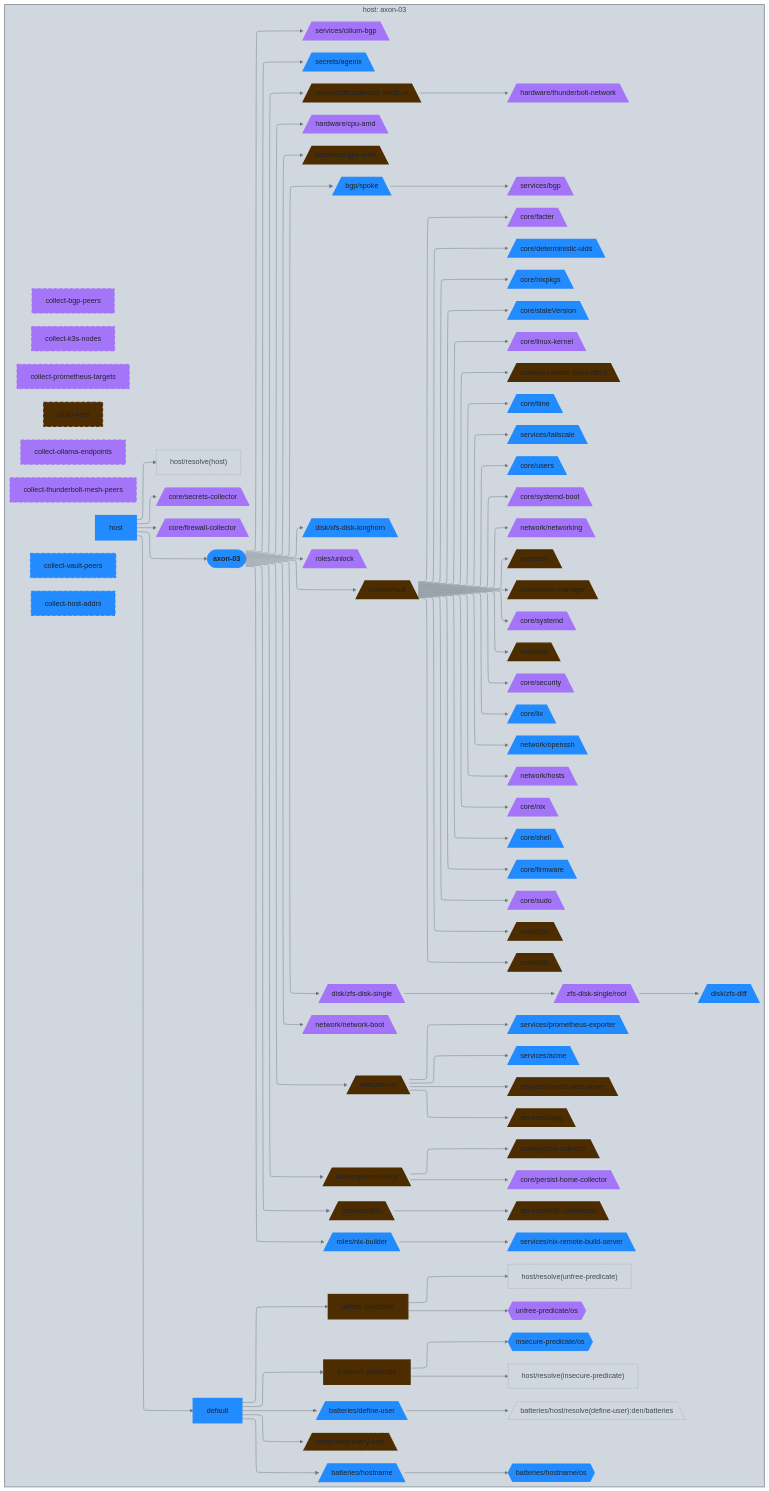
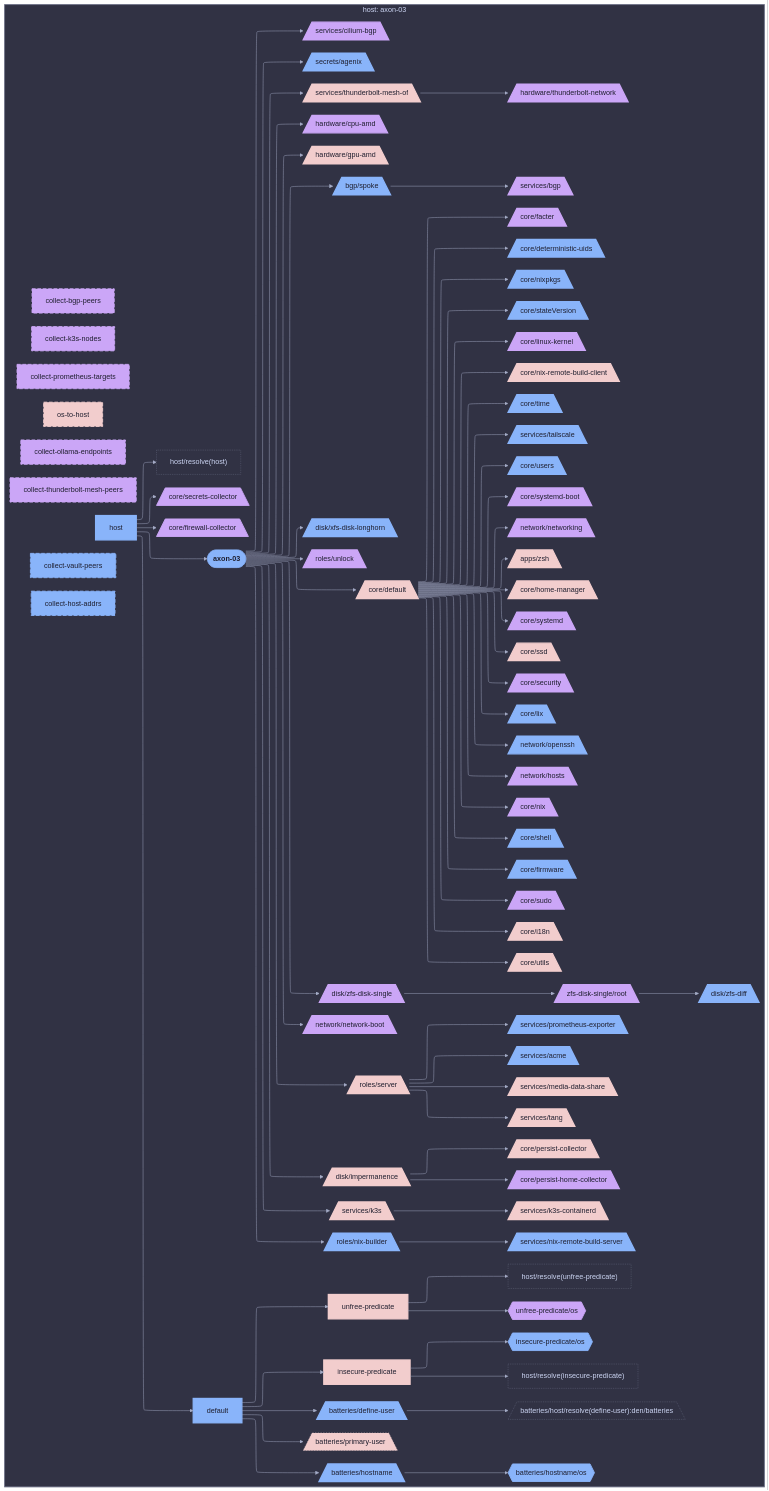
The diagram in diagrams/hosts/axon-03/dag.md (sini/nix-config), drawn with Mermaid before and after one commit. The commit also changed 142 other files, not shown here.

First line of the commit message:
feat(diagrams): use projectScope for per-host/user views

````diff
--- a/diagrams/hosts/axon-03/dag.md
+++ b/diagrams/hosts/axon-03/dag.md
@@ -5,5 +5,5 @@
 ```mermaid
-%%{init: {"elk":{"mergeEdges":true,"nodePlacementStrategy":"BRANDES_KOEPF"},"flowchart":{"wrappingWidth":600},"layout":"elk","theme":"base","themeVariables":{"activationBkgColor":"#d0d7de","activationBorderColor":"#8c959f","actorBkg":"#d0d7de","actorBorder":"#6e7781","actorLineColor":"#6e7781","actorTextColor":"#424a53","background":"#eaeef2","classText":"#424a53","clusterBkg":"#d0d7de","clusterBorder":"#8c959f","edgeLabelBackground":"#eaeef2","labelBoxBkgColor":"#d0d7de","labelBoxBorderColor":"#6e7781","labelTextColor":"#424a53","lineColor":"#6e7781","loopTextColor":"#424a53","mainBkg":"#d0d7de","nodeBkg":"#d0d7de","nodeBorder":"#6e7781","nodeTextColor":"#424a53","noteBkgColor":"#d0d7de","noteBorderColor":"#8c959f","noteTextColor":"#424a53","pie1":"#fa4549","pie2":"#e16f24","pie3":"#bf8700","pie4":"#2da44e","pie5":"#339D9B","pie6":"#218bff","pie7":"#a475f9","pie8":"#4d2d00","pieLegendTextColor":"#424a53","pieOuterStrokeColor":"#8c959f","pieSectionTextColor":"#424a53","pieStrokeColor":"#8c959f","pieTitleTextColor":"#424a53","primaryBorderColor":"#6e7781","primaryColor":"#d0d7de","primaryTextColor":"#424a53","secondBkg":"#d0d7de","secondaryBorderColor":"#8c959f","secondaryColor":"#d0d7de","secondaryTextColor":"#424a53","sequenceNumberColor":"#eaeef2","signalColor":"#6e7781","signalTextColor":"#424a53","tertiaryBorderColor":"#8c959f","tertiaryColor":"#d0d7de","tertiaryTextColor":"#424a53","textColor":"#424a53","titleColor":"#424a53"}}}%%
+%%{init: {"elk":{"mergeEdges":true,"nodePlacementStrategy":"BRANDES_KOEPF"},"flowchart":{"wrappingWidth":600},"layout":"elk","theme":"base","themeVariables":{"activationBkgColor":"#313244","activationBorderColor":"#6c7086","actorBkg":"#313244","actorBorder":"#a6adc8","actorLineColor":"#a6adc8","actorTextColor":"#cdd6f4","background":"#1e1e2e","classText":"#cdd6f4","clusterBkg":"#313244","clusterBorder":"#6c7086","edgeLabelBackground":"#1e1e2e","labelBoxBkgColor":"#313244","labelBoxBorderColor":"#a6adc8","labelTextColor":"#cdd6f4","lineColor":"#a6adc8","loopTextColor":"#cdd6f4","mainBkg":"#313244","nodeBkg":"#313244","nodeBorder":"#a6adc8","nodeTextColor":"#cdd6f4","noteBkgColor":"#313244","noteBorderColor":"#6c7086","noteTextColor":"#cdd6f4","pie1":"#f38ba8","pie2":"#fab387","pie3":"#f9e2af","pie4":"#a6e3a1","pie5":"#94e2d5","pie6":"#89b4fa","pie7":"#cba6f7","pie8":"#f2cdcd","pieLegendTextColor":"#cdd6f4","pieOuterStrokeColor":"#6c7086","pieSectionTextColor":"#cdd6f4","pieStrokeColor":"#6c7086","pieTitleTextColor":"#cdd6f4","primaryBorderColor":"#a6adc8","primaryColor":"#313244","primaryTextColor":"#cdd6f4","secondBkg":"#313244","secondaryBorderColor":"#6c7086","secondaryColor":"#313244","secondaryTextColor":"#cdd6f4","sequenceNumberColor":"#1e1e2e","signalColor":"#a6adc8","signalTextColor":"#cdd6f4","tertiaryBorderColor":"#6c7086","tertiaryColor":"#313244","tertiaryTextColor":"#cdd6f4","textColor":"#cdd6f4","titleColor":"#cdd6f4"}}}%%
 graph LR
   axon_03([axon-03]):::root
 
@@ -155,91 +155,91 @@
   end
 
 
-  classDef root fill:#218bff,stroke:#218bff,color:#1f2328,font-weight:bold
-  classDef services__acme_c fill:#218bff,stroke:#218bff,color:#1f2328,stroke-width:3px
-  classDef secrets__agenix_c fill:#218bff,stroke:#218bff,color:#1f2328,stroke-width:3px
-  classDef apps_c fill:#2da44e,stroke:#2da44e,color:#1f2328,stroke-dasharray: 3 3,stroke-width:1px
-  classDef axon_03_c fill:#4d2d00,stroke:#4d2d00,color:#1f2328,stroke-width:3px
-  classDef services__bgp_c fill:#a475f9,stroke:#a475f9,color:#1f2328,stroke-width:3px
-  classDef services__cilium_bgp_c fill:#a475f9,stroke:#a475f9,color:#1f2328,stroke-width:3px
-  classDef collect_bgp_peers_c fill:#a475f9,stroke:#a475f9,color:#1f2328,stroke-width:2px,stroke-dasharray: 8 4
-  classDef collect_host_addrs_c fill:#218bff,stroke:#218bff,color:#1f2328,stroke-width:2px,stroke-dasharray: 8 4
-  classDef collect_k3s_nodes_c fill:#a475f9,stroke:#a475f9,color:#1f2328,stroke-width:2px,stroke-dasharray: 8 4
-  classDef collect_ollama_endpoints_c fill:#a475f9,stroke:#a475f9,color:#1f2328,stroke-width:2px,stroke-dasharray: 8 4
-  classDef collect_prometheus_targets_c fill:#a475f9,stroke:#a475f9,color:#1f2328,stroke-width:2px,stroke-dasharray: 8 4
-  classDef collect_thunderbolt_mesh_peers_c fill:#a475f9,stroke:#a475f9,color:#1f2328,stroke-width:2px,stroke-dasharray: 8 4
-  classDef collect_vault_peers_c fill:#218bff,stroke:#218bff,color:#1f2328,stroke-width:2px,stroke-dasharray: 8 4
-  classDef core_c fill:#bf8700,stroke:#bf8700,color:#1f2328,stroke-dasharray: 3 3,stroke-width:1px
-  classDef hardware__cpu_amd_c fill:#a475f9,stroke:#a475f9,color:#1f2328,stroke-width:3px
-  classDef core__default_c fill:#4d2d00,stroke:#4d2d00,color:#1f2328,stroke-width:3px
-  classDef n_default_c fill:#218bff,stroke:#218bff,color:#1f2328,stroke-width:3px
-  classDef den__batteries__define_user_c fill:#218bff,stroke:#218bff,color:#1f2328,stroke-width:3px
-  classDef core__deterministic_uids_c fill:#218bff,stroke:#218bff,color:#1f2328,stroke-width:3px
-  classDef disk_c fill:#2da44e,stroke:#2da44e,color:#1f2328,stroke-dasharray: 3 3,stroke-width:1px
-  classDef core__facter_c fill:#a475f9,stroke:#a475f9,color:#1f2328,stroke-width:3px
-  classDef core__firewall_collector_c fill:#a475f9,stroke:#a475f9,color:#1f2328,stroke-width:2px
-  classDef core__firmware_c fill:#218bff,stroke:#218bff,color:#1f2328,stroke-width:3px
-  classDef hardware__gpu_amd_c fill:#4d2d00,stroke:#4d2d00,color:#1f2328,stroke-width:3px
-  classDef hardware_c fill:#2da44e,stroke:#2da44e,color:#1f2328,stroke-dasharray: 3 3,stroke-width:1px
-  classDef core__home_manager_c fill:#4d2d00,stroke:#4d2d00,color:#1f2328,stroke-width:3px
-  classDef host_c fill:#218bff,stroke:#218bff,color:#1f2328,stroke-width:3px
-  classDef den__batteries__host__resolve_define_user__den__batteries_c fill:#d0d7de,stroke:#8c959f,color:#424a53,stroke-dasharray: 2 2,stroke-width:1px
-  classDef host__resolve_host__c fill:#d0d7de,stroke:#8c959f,color:#424a53,stroke-dasharray: 2 2,stroke-width:1px
-  classDef host__resolve_insecure_predicate__c fill:#d0d7de,stroke:#8c959f,color:#424a53,stroke-dasharray: 2 2,stroke-width:1px
-  classDef host__resolve_unfree_predicate__c fill:#d0d7de,stroke:#8c959f,color:#424a53,stroke-dasharray: 2 2,stroke-width:1px
-  classDef den__batteries__hostname_c fill:#218bff,stroke:#218bff,color:#1f2328,stroke-width:3px
-  classDef den__batteries__hostname__os_c fill:#218bff,stroke:#218bff,color:#1f2328,stroke-width:2px
-  classDef network__hosts_c fill:#a475f9,stroke:#a475f9,color:#1f2328,stroke-width:3px
-  classDef core__i18n_c fill:#4d2d00,stroke:#4d2d00,color:#1f2328,stroke-width:3px
-  classDef disk__impermanence_c fill:#4d2d00,stroke:#4d2d00,color:#1f2328,stroke-width:3px
-  classDef insecure_predicate_c fill:#4d2d00,stroke:#4d2d00,color:#1f2328,stroke-width:3px
-  classDef insecure_predicate__os_c fill:#218bff,stroke:#218bff,color:#1f2328,stroke-width:2px
-  classDef services__k3s_c fill:#4d2d00,stroke:#4d2d00,color:#1f2328,stroke-width:3px
-  classDef services__k3s_containerd_c fill:#4d2d00,stroke:#4d2d00,color:#1f2328,stroke-width:3px
-  classDef core__linux_kernel_c fill:#a475f9,stroke:#a475f9,color:#1f2328,stroke-width:3px
-  classDef core__lix_c fill:#218bff,stroke:#218bff,color:#1f2328,stroke-width:3px
-  classDef services__media_data_share_c fill:#4d2d00,stroke:#4d2d00,color:#1f2328,stroke-width:3px
-  classDef network_c fill:#e16f24,stroke:#e16f24,color:#1f2328,stroke-dasharray: 3 3,stroke-width:1px
-  classDef network__network_boot_c fill:#a475f9,stroke:#a475f9,color:#1f2328,stroke-width:3px
-  classDef network__networking_c fill:#a475f9,stroke:#a475f9,color:#1f2328,stroke-width:3px
-  classDef core__nix_c fill:#a475f9,stroke:#a475f9,color:#1f2328,stroke-width:3px
-  classDef roles__nix_builder_c fill:#218bff,stroke:#218bff,color:#1f2328,stroke-width:3px
-  classDef core__nix_remote_build_client_c fill:#4d2d00,stroke:#4d2d00,color:#1f2328,stroke-width:3px
-  classDef services__nix_remote_build_server_c fill:#218bff,stroke:#218bff,color:#1f2328,stroke-width:3px
-  classDef core__nixpkgs_c fill:#218bff,stroke:#218bff,color:#1f2328,stroke-width:3px
-  classDef network__openssh_c fill:#218bff,stroke:#218bff,color:#1f2328,stroke-width:3px
-  classDef os_to_host_c fill:#4d2d00,stroke:#4d2d00,color:#1f2328,stroke-width:2px,stroke-dasharray: 8 4
-  classDef core__persist_collector_c fill:#4d2d00,stroke:#4d2d00,color:#1f2328,stroke-width:3px
-  classDef core__persist_home_collector_c fill:#a475f9,stroke:#a475f9,color:#1f2328,stroke-width:3px
-  classDef den__batteries__primary_user_c fill:#4d2d00,stroke:#4d2d00,color:#1f2328,stroke-dasharray: 3 3,stroke-width:1px
-  classDef services__prometheus_exporter_c fill:#218bff,stroke:#218bff,color:#1f2328,stroke-width:3px
-  classDef roles_c fill:#2da44e,stroke:#2da44e,color:#1f2328,stroke-dasharray: 3 3,stroke-width:1px
-  classDef disk__zfs_disk_single__root_c fill:#a475f9,stroke:#a475f9,color:#1f2328,stroke-width:3px
-  classDef secrets_c fill:#bf8700,stroke:#bf8700,color:#1f2328,stroke-dasharray: 3 3,stroke-width:1px
-  classDef core__secrets_collector_c fill:#a475f9,stroke:#a475f9,color:#1f2328,stroke-width:2px
-  classDef core__security_c fill:#a475f9,stroke:#a475f9,color:#1f2328,stroke-width:3px
-  classDef roles__server_c fill:#4d2d00,stroke:#4d2d00,color:#1f2328,stroke-width:3px
-  classDef services_c fill:#2da44e,stroke:#2da44e,color:#1f2328,stroke-dasharray: 3 3,stroke-width:1px
-  classDef core__shell_c fill:#218bff,stroke:#218bff,color:#1f2328,stroke-width:3px
-  classDef services__bgp__spoke_c fill:#218bff,stroke:#218bff,color:#1f2328,stroke-width:3px
-  classDef core__ssd_c fill:#4d2d00,stroke:#4d2d00,color:#1f2328,stroke-width:3px
-  classDef core__stateVersion_c fill:#218bff,stroke:#218bff,color:#1f2328,stroke-width:3px
-  classDef core__sudo_c fill:#a475f9,stroke:#a475f9,color:#1f2328,stroke-width:3px
-  classDef core__systemd_c fill:#a475f9,stroke:#a475f9,color:#1f2328,stroke-width:3px
-  classDef core__systemd_boot_c fill:#a475f9,stroke:#a475f9,color:#1f2328,stroke-width:3px
-  classDef services__tailscale_c fill:#218bff,stroke:#218bff,color:#1f2328,stroke-width:3px
-  classDef services__tang_c fill:#4d2d00,stroke:#4d2d00,color:#1f2328,stroke-width:3px
-  classDef services__thunderbolt_mesh_of_c fill:#4d2d00,stroke:#4d2d00,color:#1f2328,stroke-width:3px
-  classDef hardware__thunderbolt_network_c fill:#a475f9,stroke:#a475f9,color:#1f2328,stroke-width:3px
-  classDef core__time_c fill:#218bff,stroke:#218bff,color:#1f2328,stroke-width:3px
-  classDef unfree_predicate_c fill:#4d2d00,stroke:#4d2d00,color:#1f2328,stroke-width:3px
-  classDef unfree_predicate__os_c fill:#a475f9,stroke:#a475f9,color:#1f2328,stroke-width:2px
-  classDef roles__unlock_c fill:#a475f9,stroke:#a475f9,color:#1f2328,stroke-width:3px
-  classDef core__users_c fill:#218bff,stroke:#218bff,color:#1f2328,stroke-width:3px
-  classDef core__utils_c fill:#4d2d00,stroke:#4d2d00,color:#1f2328,stroke-width:3px
-  classDef disk__xfs_disk_longhorn_c fill:#218bff,stroke:#218bff,color:#1f2328,stroke-width:3px
-  classDef disk__zfs_diff_c fill:#218bff,stroke:#218bff,color:#1f2328,stroke-width:3px
-  classDef disk__zfs_disk_single_c fill:#a475f9,stroke:#a475f9,color:#1f2328,stroke-width:3px
-  classDef apps__zsh_c fill:#4d2d00,stroke:#4d2d00,color:#1f2328,stroke-width:3px
-style ctx_host_axon_03 fill:#d0d7de,stroke:#8c959f,stroke-width:2px
+  classDef root fill:#89b4fa,stroke:#89b4fa,color:#1e1e2e,font-weight:bold
+  classDef services__acme_c fill:#89b4fa,stroke:#89b4fa,color:#1e1e2e,stroke-width:3px
+  classDef secrets__agenix_c fill:#89b4fa,stroke:#89b4fa,color:#1e1e2e,stroke-width:3px
+  classDef apps_c fill:#a6e3a1,stroke:#a6e3a1,color:#1e1e2e,stroke-dasharray: 3 3,stroke-width:1px
+  classDef axon_03_c fill:#f2cdcd,stroke:#f2cdcd,color:#1e1e2e,stroke-width:3px
+  classDef services__bgp_c fill:#cba6f7,stroke:#cba6f7,color:#1e1e2e,stroke-width:3px
+  classDef services__cilium_bgp_c fill:#cba6f7,stroke:#cba6f7,color:#1e1e2e,stroke-width:3px
+  classDef collect_bgp_peers_c fill:#cba6f7,stroke:#cba6f7,color:#1e1e2e,stroke-width:2px,stroke-dasharray: 8 4
+  classDef collect_host_addrs_c fill:#89b4fa,stroke:#89b4fa,color:#1e1e2e,stroke-width:2px,stroke-dasharray: 8 4
+  classDef collect_k3s_nodes_c fill:#cba6f7,stroke:#cba6f7,color:#1e1e2e,stroke-width:2px,stroke-dasharray: 8 4
+  classDef collect_ollama_endpoints_c fill:#cba6f7,stroke:#cba6f7,color:#1e1e2e,stroke-width:2px,stroke-dasharray: 8 4
+  classDef collect_prometheus_targets_c fill:#cba6f7,stroke:#cba6f7,color:#1e1e2e,stroke-width:2px,stroke-dasharray: 8 4
+  classDef collect_thunderbolt_mesh_peers_c fill:#cba6f7,stroke:#cba6f7,color:#1e1e2e,stroke-width:2px,stroke-dasharray: 8 4
+  classDef collect_vault_peers_c fill:#89b4fa,stroke:#89b4fa,color:#1e1e2e,stroke-width:2px,stroke-dasharray: 8 4
+  classDef core_c fill:#f9e2af,stroke:#f9e2af,color:#1e1e2e,stroke-dasharray: 3 3,stroke-width:1px
+  classDef hardware__cpu_amd_c fill:#cba6f7,stroke:#cba6f7,color:#1e1e2e,stroke-width:3px
+  classDef core__default_c fill:#f2cdcd,stroke:#f2cdcd,color:#1e1e2e,stroke-width:3px
+  classDef n_default_c fill:#89b4fa,stroke:#89b4fa,color:#1e1e2e,stroke-width:3px
+  classDef den__batteries__define_user_c fill:#89b4fa,stroke:#89b4fa,color:#1e1e2e,stroke-width:3px
+  classDef core__deterministic_uids_c fill:#89b4fa,stroke:#89b4fa,color:#1e1e2e,stroke-width:3px
+  classDef disk_c fill:#a6e3a1,stroke:#a6e3a1,color:#1e1e2e,stroke-dasharray: 3 3,stroke-width:1px
+  classDef core__facter_c fill:#cba6f7,stroke:#cba6f7,color:#1e1e2e,stroke-width:3px
+  classDef core__firewall_collector_c fill:#cba6f7,stroke:#cba6f7,color:#1e1e2e,stroke-width:2px
+  classDef core__firmware_c fill:#89b4fa,stroke:#89b4fa,color:#1e1e2e,stroke-width:3px
+  classDef hardware__gpu_amd_c fill:#f2cdcd,stroke:#f2cdcd,color:#1e1e2e,stroke-width:3px
+  classDef hardware_c fill:#a6e3a1,stroke:#a6e3a1,color:#1e1e2e,stroke-dasharray: 3 3,stroke-width:1px
+  classDef core__home_manager_c fill:#f2cdcd,stroke:#f2cdcd,color:#1e1e2e,stroke-width:3px
+  classDef host_c fill:#89b4fa,stroke:#89b4fa,color:#1e1e2e,stroke-width:3px
+  classDef den__batteries__host__resolve_define_user__den__batteries_c fill:#313244,stroke:#6c7086,color:#cdd6f4,stroke-dasharray: 2 2,stroke-width:1px
+  classDef host__resolve_host__c fill:#313244,stroke:#6c7086,color:#cdd6f4,stroke-dasharray: 2 2,stroke-width:1px
+  classDef host__resolve_insecure_predicate__c fill:#313244,stroke:#6c7086,color:#cdd6f4,stroke-dasharray: 2 2,stroke-width:1px
+  classDef host__resolve_unfree_predicate__c fill:#313244,stroke:#6c7086,color:#cdd6f4,stroke-dasharray: 2 2,stroke-width:1px
+  classDef den__batteries__hostname_c fill:#89b4fa,stroke:#89b4fa,color:#1e1e2e,stroke-width:3px
+  classDef den__batteries__hostname__os_c fill:#89b4fa,stroke:#89b4fa,color:#1e1e2e,stroke-width:2px
+  classDef network__hosts_c fill:#cba6f7,stroke:#cba6f7,color:#1e1e2e,stroke-width:3px
+  classDef core__i18n_c fill:#f2cdcd,stroke:#f2cdcd,color:#1e1e2e,stroke-width:3px
+  classDef disk__impermanence_c fill:#f2cdcd,stroke:#f2cdcd,color:#1e1e2e,stroke-width:3px
+  classDef insecure_predicate_c fill:#f2cdcd,stroke:#f2cdcd,color:#1e1e2e,stroke-width:3px
+  classDef insecure_predicate__os_c fill:#89b4fa,stroke:#89b4fa,color:#1e1e2e,stroke-width:2px
+  classDef services__k3s_c fill:#f2cdcd,stroke:#f2cdcd,color:#1e1e2e,stroke-width:3px
+  classDef services__k3s_containerd_c fill:#f2cdcd,stroke:#f2cdcd,color:#1e1e2e,stroke-width:3px
+  classDef core__linux_kernel_c fill:#cba6f7,stroke:#cba6f7,color:#1e1e2e,stroke-width:3px
+  classDef core__lix_c fill:#89b4fa,stroke:#89b4fa,color:#1e1e2e,stroke-width:3px
+  classDef services__media_data_share_c fill:#f2cdcd,stroke:#f2cdcd,color:#1e1e2e,stroke-width:3px
+  classDef network_c fill:#fab387,stroke:#fab387,color:#1e1e2e,stroke-dasharray: 3 3,stroke-width:1px
+  classDef network__network_boot_c fill:#cba6f7,stroke:#cba6f7,color:#1e1e2e,stroke-width:3px
+  classDef network__networking_c fill:#cba6f7,stroke:#cba6f7,color:#1e1e2e,stroke-width:3px
+  classDef core__nix_c fill:#cba6f7,stroke:#cba6f7,color:#1e1e2e,stroke-width:3px
+  classDef roles__nix_builder_c fill:#89b4fa,stroke:#89b4fa,color:#1e1e2e,stroke-width:3px
+  classDef core__nix_remote_build_client_c fill:#f2cdcd,stroke:#f2cdcd,color:#1e1e2e,stroke-width:3px
+  classDef services__nix_remote_build_server_c fill:#89b4fa,stroke:#89b4fa,color:#1e1e2e,stroke-width:3px
+  classDef core__nixpkgs_c fill:#89b4fa,stroke:#89b4fa,color:#1e1e2e,stroke-width:3px
+  classDef network__openssh_c fill:#89b4fa,stroke:#89b4fa,color:#1e1e2e,stroke-width:3px
+  classDef os_to_host_c fill:#f2cdcd,stroke:#f2cdcd,color:#1e1e2e,stroke-width:2px,stroke-dasharray: 8 4
+  classDef core__persist_collector_c fill:#f2cdcd,stroke:#f2cdcd,color:#1e1e2e,stroke-width:3px
+  classDef core__persist_home_collector_c fill:#cba6f7,stroke:#cba6f7,color:#1e1e2e,stroke-width:3px
+  classDef den__batteries__primary_user_c fill:#f2cdcd,stroke:#f2cdcd,color:#1e1e2e,stroke-dasharray: 3 3,stroke-width:1px
+  classDef services__prometheus_exporter_c fill:#89b4fa,stroke:#89b4fa,color:#1e1e2e,stroke-width:3px
+  classDef roles_c fill:#a6e3a1,stroke:#a6e3a1,color:#1e1e2e,stroke-dasharray: 3 3,stroke-width:1px
+  classDef disk__zfs_disk_single__root_c fill:#cba6f7,stroke:#cba6f7,color:#1e1e2e,stroke-width:3px
+  classDef secrets_c fill:#f9e2af,stroke:#f9e2af,color:#1e1e2e,stroke-dasharray: 3 3,stroke-width:1px
+  classDef core__secrets_collector_c fill:#cba6f7,stroke:#cba6f7,color:#1e1e2e,stroke-width:2px
+  classDef core__security_c fill:#cba6f7,stroke:#cba6f7,color:#1e1e2e,stroke-width:3px
+  classDef roles__server_c fill:#f2cdcd,stroke:#f2cdcd,color:#1e1e2e,stroke-width:3px
+  classDef services_c fill:#a6e3a1,stroke:#a6e3a1,color:#1e1e2e,stroke-dasharray: 3 3,stroke-width:1px
+  classDef core__shell_c fill:#89b4fa,stroke:#89b4fa,color:#1e1e2e,stroke-width:3px
+  classDef services__bgp__spoke_c fill:#89b4fa,stroke:#89b4fa,color:#1e1e2e,stroke-width:3px
+  classDef core__ssd_c fill:#f2cdcd,stroke:#f2cdcd,color:#1e1e2e,stroke-width:3px
+  classDef core__stateVersion_c fill:#89b4fa,stroke:#89b4fa,color:#1e1e2e,stroke-width:3px
+  classDef core__sudo_c fill:#cba6f7,stroke:#cba6f7,color:#1e1e2e,stroke-width:3px
+  classDef core__systemd_c fill:#cba6f7,stroke:#cba6f7,color:#1e1e2e,stroke-width:3px
+  classDef core__systemd_boot_c fill:#cba6f7,stroke:#cba6f7,color:#1e1e2e,stroke-width:3px
+  classDef services__tailscale_c fill:#89b4fa,stroke:#89b4fa,color:#1e1e2e,stroke-width:3px
+  classDef services__tang_c fill:#f2cdcd,stroke:#f2cdcd,color:#1e1e2e,stroke-width:3px
+  classDef services__thunderbolt_mesh_of_c fill:#f2cdcd,stroke:#f2cdcd,color:#1e1e2e,stroke-width:3px
+  classDef hardware__thunderbolt_network_c fill:#cba6f7,stroke:#cba6f7,color:#1e1e2e,stroke-width:3px
+  classDef core__time_c fill:#89b4fa,stroke:#89b4fa,color:#1e1e2e,stroke-width:3px
+  classDef unfree_predicate_c fill:#f2cdcd,stroke:#f2cdcd,color:#1e1e2e,stroke-width:3px
+  classDef unfree_predicate__os_c fill:#cba6f7,stroke:#cba6f7,color:#1e1e2e,stroke-width:2px
+  classDef roles__unlock_c fill:#cba6f7,stroke:#cba6f7,color:#1e1e2e,stroke-width:3px
+  classDef core__users_c fill:#89b4fa,stroke:#89b4fa,color:#1e1e2e,stroke-width:3px
+  classDef core__utils_c fill:#f2cdcd,stroke:#f2cdcd,color:#1e1e2e,stroke-width:3px
+  classDef disk__xfs_disk_longhorn_c fill:#89b4fa,stroke:#89b4fa,color:#1e1e2e,stroke-width:3px
+  classDef disk__zfs_diff_c fill:#89b4fa,stroke:#89b4fa,color:#1e1e2e,stroke-width:3px
+  classDef disk__zfs_disk_single_c fill:#cba6f7,stroke:#cba6f7,color:#1e1e2e,stroke-width:3px
+  classDef apps__zsh_c fill:#f2cdcd,stroke:#f2cdcd,color:#1e1e2e,stroke-width:3px
+style ctx_host_axon_03 fill:#313244,stroke:#6c7086,stroke-width:2px
 ```
````
